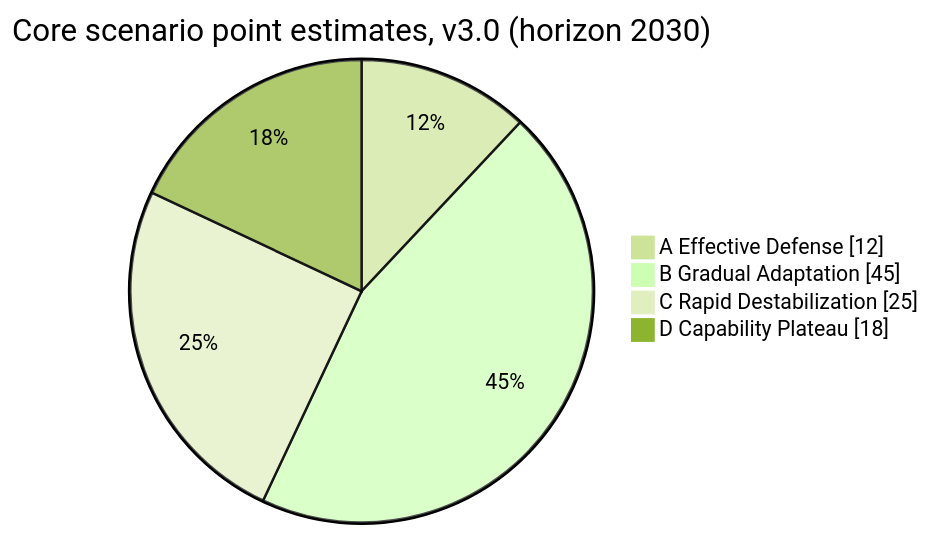
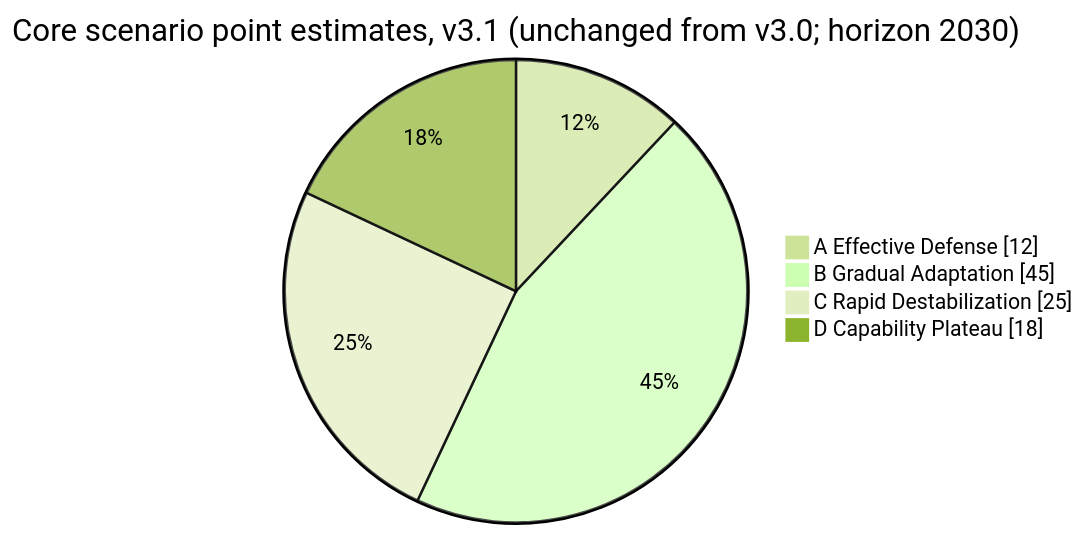
Before and after one commit to AndrewAltimit/template-repo: the fifth of 6 diagrams in docs/projections/ai-agents-political-targeting.md, drawn with Mermaid (forest theme). The commit also changed other lines of this file and 60 other files, not shown here.

````diff
--- a/docs/projections/ai-agents-political-targeting.md
+++ b/docs/projections/ai-agents-political-targeting.md
@@ -1656,8 +1619,8 @@
 ```mermaid
 pie showData
-    title Core scenario point estimates, v3.0 (horizon 2030)
+    title Core scenario point estimates, v3.1 (unchanged from v3.0; horizon 2030)
     "A Effective Defense" : 12
     "B Gradual Adaptation" : 45
     "C Rapid Destabilization" : 25
     "D Capability Plateau" : 18
 ```
````
